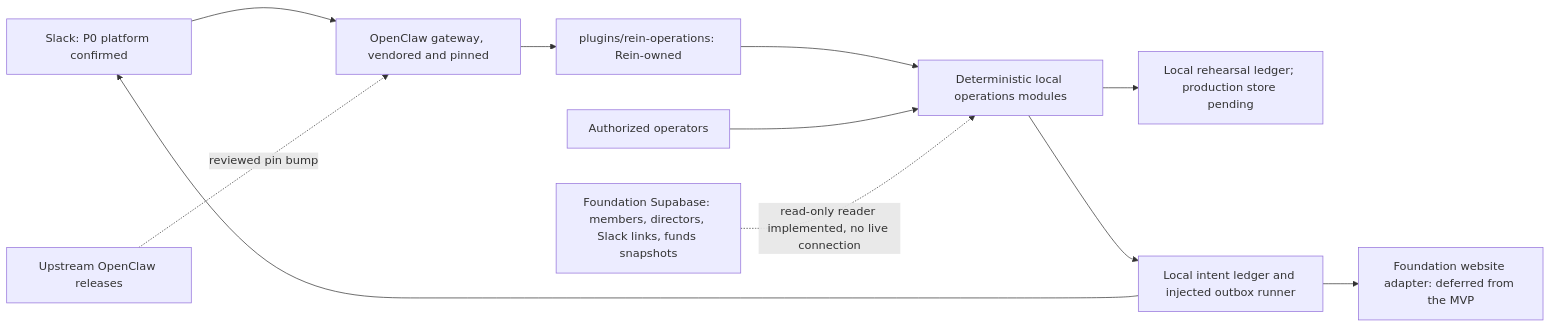
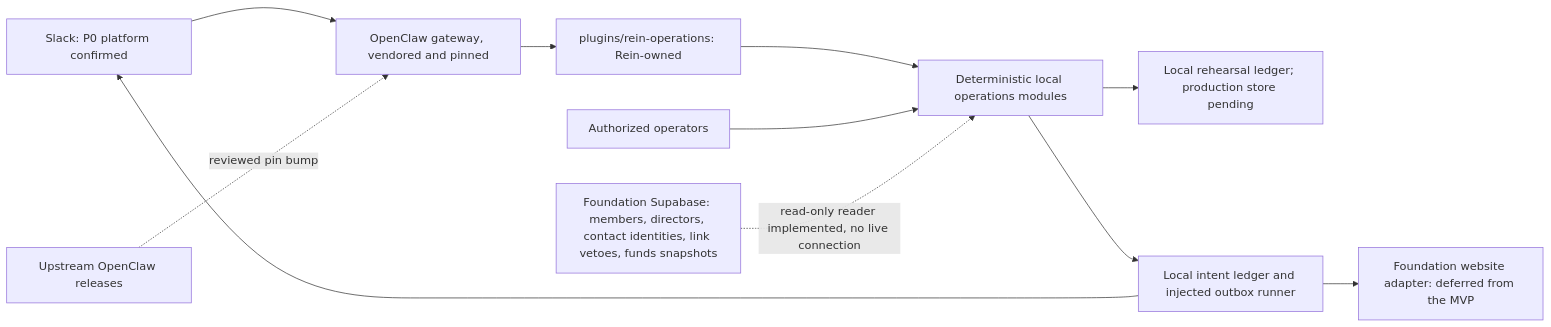
Before and after one commit to tempest2023/rein-agent: the first of 2 diagrams in docs/architecture.md, drawn with Mermaid. The commit also changed other lines of this file and 23 other files, not shown here.

````diff
--- a/docs/architecture.md
+++ b/docs/architecture.md
@@ -29,13 +29,13 @@
 ```mermaid
 flowchart LR
   Chat[Slack: P0 platform confirmed] --> Gateway[OpenClaw gateway, vendored and pinned]
   Gateway --> Plugin[plugins/rein-operations: Rein-owned]
   Plugin --> Domain[Deterministic local operations modules]
   Domain --> Records[Local rehearsal ledger; production store pending]
   Domain --> Outbox[Local intent ledger and injected outbox runner]
   Outbox --> Chat
   Outbox --> Website[Foundation website adapter: deferred from the MVP]
   Admin[Authorized operators] --> Domain
   Upstream[Upstream OpenClaw releases] -. reviewed pin bump .-> Gateway
-  Data[Foundation Supabase: members, directors, Slack links, funds snapshots] -. read-only reader implemented, no live connection .-> Domain
+  Data[Foundation Supabase: members, directors, contact identities, link vetoes, funds snapshots] -. read-only reader implemented, no live connection .-> Domain
 ```
````
